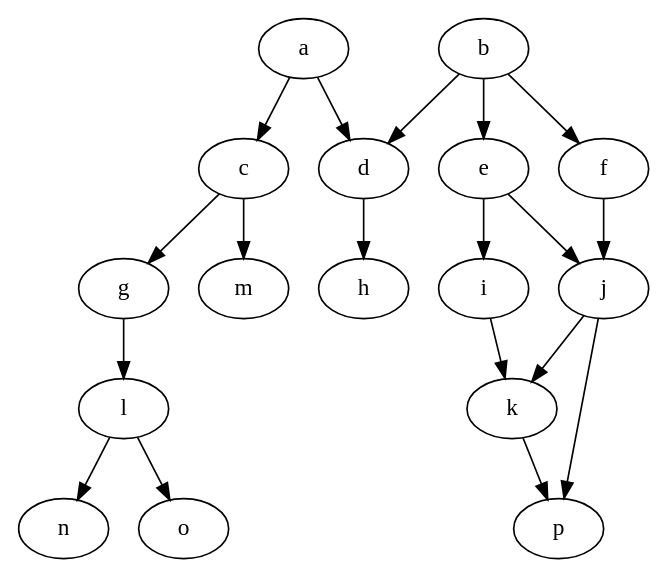
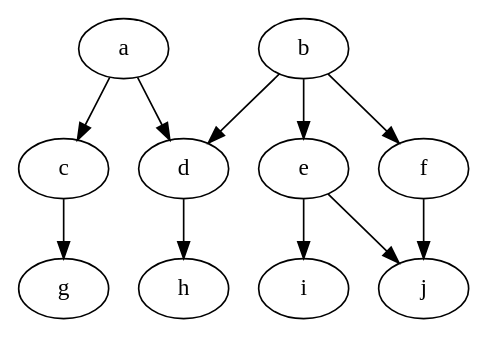
Before and after one commit to Tr0iBo1abLe/Digraph-Scheduler: the diagram in input2.dot, drawn with Graphviz. The commit also changed 2 other files, not shown here.

```diff
--- a/input2.dot
+++ b/input2.dot
@@ -1,35 +1,22 @@
 digraph example {
-    a [Weight=1];
+    a [Weight=2];
     b [Weight=3];
     c [Weight=5];
     d [Weight=6];
     e [Weight=3];
     f [Weight=2];
     g [Weight=2];
     h [Weight=1];
     i [Weight=3];
     j [Weight=7];
-    k [Weight=3];
-    m [Weight=2];
-    n [Weight=2];
-    o [Weight=1];
-    p [Weight=12];
     a -> c [Weight=2];
     a -> d [Weight=5];
     b -> d [Weight=5];
     b -> e [Weight=2];
     b -> f [Weight=7];
     c -> g [Weight=6];
-    c -> m [Weight=2];
     d -> h [Weight=4];
     e -> j [Weight=3];
     f -> j [Weight=9];
     e -> i [Weight=2];
-    g -> l [Weight=5];
-    i -> k [Weight=4];
-    j -> k [Weight=4];
-    k -> p [Weight=2];
-    j -> p [Weight=1];
-    l -> o [Weight=7];
-    l -> n [Weight=6];
 }
```
